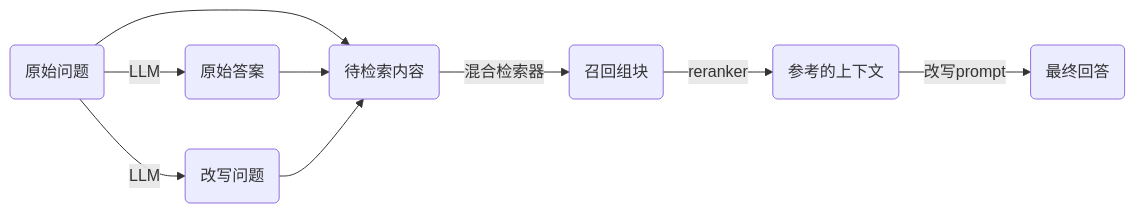
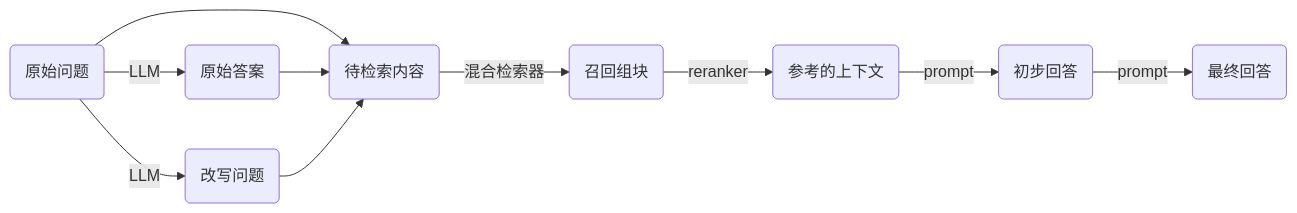
Before and after one commit to wuzhongyanqiu/InternLM-Review-Assistant: the second of 4 diagrams in README.md, drawn with Mermaid. The commit also changed other lines of this file, not shown here.

````diff
--- a/README.md
+++ b/README.md
@@ -228,11 +228,12 @@
 ```mermaid
 graph LR
     A(原始问题) -- LLM --> B(原始答案)
     A(原始问题) -- LLM --> C(改写问题)
     A(原始问题) --> D(待检索内容)
     B(原始答案) --> D(待检索内容)
     C(改写问题) --> D(待检索内容)
     D(待检索内容) -- 混合检索器 --> E(召回组块)
     E(召回组块) -- reranker --> F(参考的上下文)
-    F(参考的上下文) -- 改写prompt --> G(最终回答)
+    F(参考的上下文) -- prompt --> G(初步回答)
+    G(初步回答) -- prompt --> H(最终回答)
 ```
````
